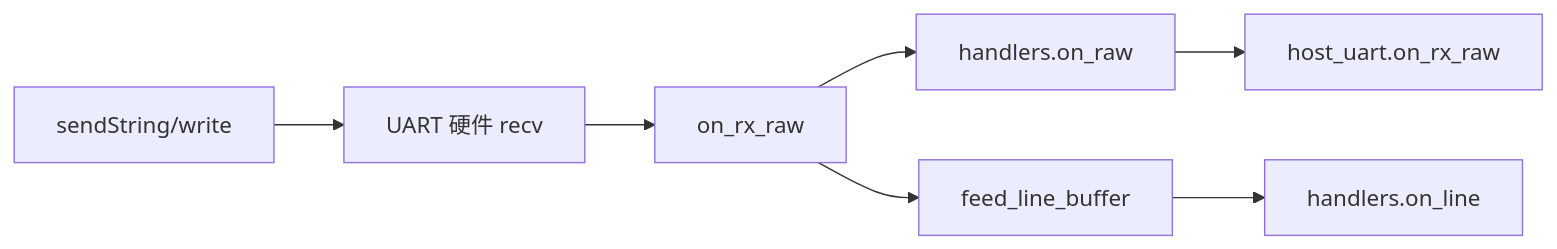
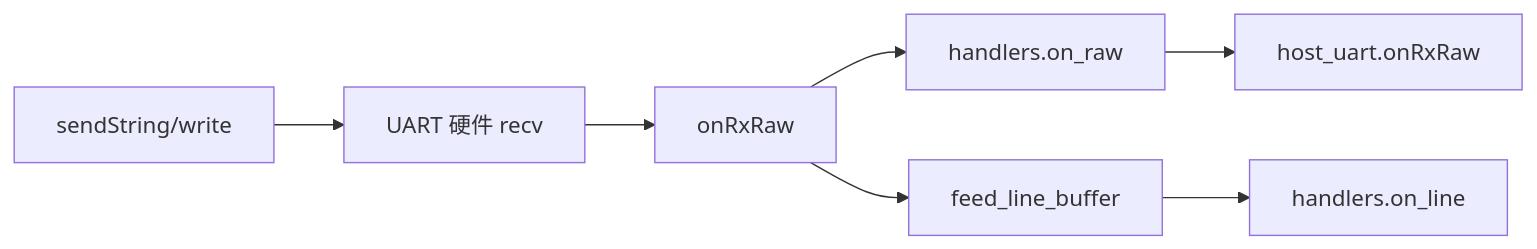
The diagram in doc/modules/LIB_UART_GPIO.md (dzr1986/AIR780EHM), drawn with Mermaid before and after one commit. The commit also changed other lines of this file and 84 other files, not shown here.

````diff
--- a/doc/modules/LIB_UART_GPIO.md
+++ b/doc/modules/LIB_UART_GPIO.md
@@ -23,9 +23,9 @@
 ```mermaid
 flowchart LR
-    HW[UART 硬件 recv] --> RAW[on_rx_raw]
+    HW[UART 硬件 recv] --> RAW[onRxRaw]
     RAW --> CB1[handlers.on_raw]
     RAW --> LINE[feed_line_buffer]
     LINE --> CB2[handlers.on_line]
-    CB1 --> HU[host_uart.on_rx_raw]
+    CB1 --> HU[host_uart.onRxRaw]
     TX[sendString/write] --> HW
 ```
````
